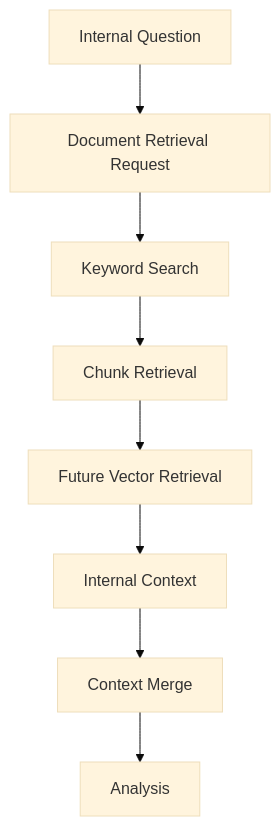
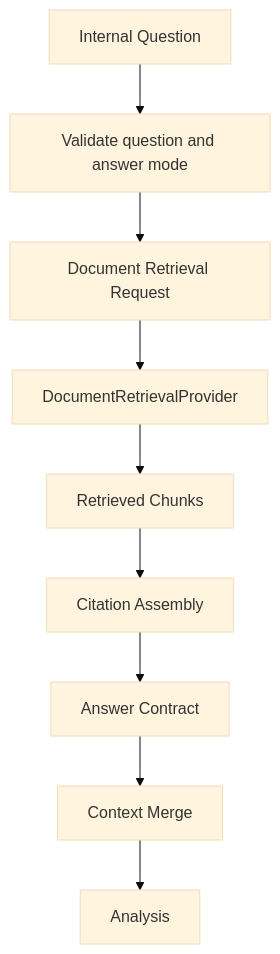
Before and after one commit to kurekako2017/vscode_study: diagram 24 of 52 in ai-lab/ai-learn/retail-insight-ai/docs/ai-agent-retail-handbook-v3/docs/ARCHITECTURE.md, drawn with Mermaid (base theme). The commit also changed other lines of this file and 42 other files, not shown here.

````diff
--- a/ai-lab/ai-learn/retail-insight-ai/docs/ai-agent-retail-handbook-v3/docs/ARCHITECTURE.md
+++ b/ai-lab/ai-learn/retail-insight-ai/docs/ai-agent-retail-handbook-v3/docs/ARCHITECTURE.md
@@ -784,10 +793,11 @@
 ```mermaid
 flowchart TD
-    A[Internal Question] --> B[Document Retrieval Request]
-    B --> C[Keyword Search]
-    C --> D[Chunk Retrieval]
-    D --> E[Future Vector Retrieval]
-    E --> F[Internal Context]
-    F --> G[Context Merge]
-    G --> H[Analysis]
+    A[Internal Question] --> B[Validate question and answer mode]
+    B --> C[Document Retrieval Request]
+    C --> D[DocumentRetrievalProvider]
+    D --> E[Retrieved Chunks]
+    E --> F[Citation Assembly]
+    F --> G[Answer Contract]
+    G --> H[Context Merge]
+    H --> I[Analysis]
 ```
````
